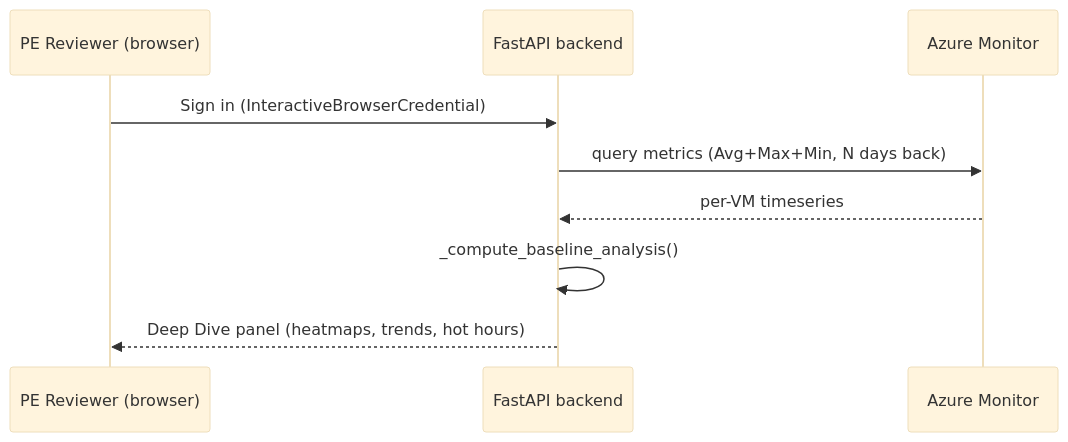
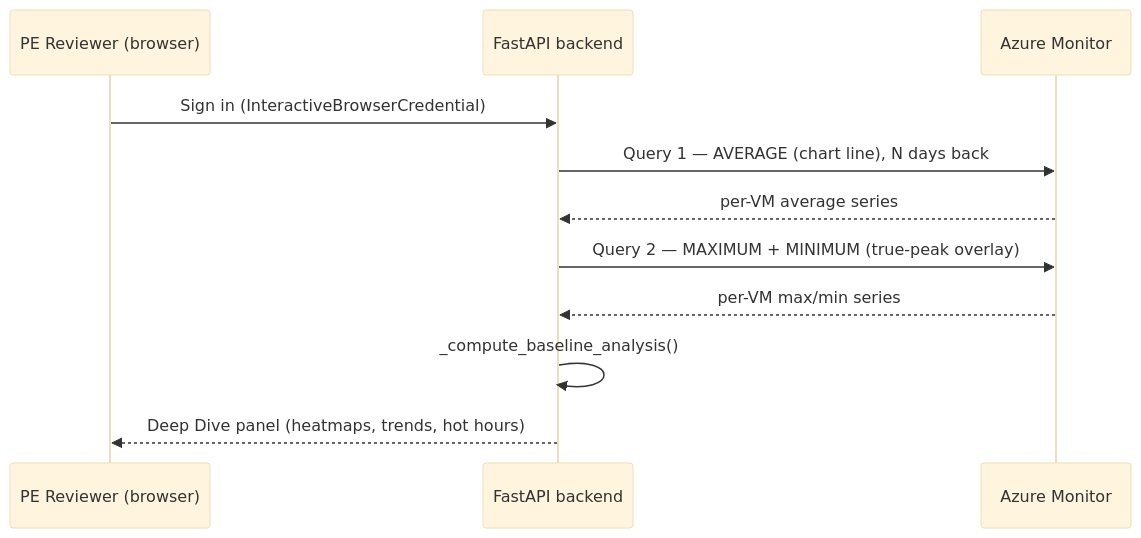
Before and after one commit to ayum321/PE_Dashboard: the sixth of 9 diagrams in PE_Dashboard_Presentation.md, drawn with Mermaid (base theme). The commit also changed other lines of this file, not shown here.

````diff
--- a/PE_Dashboard_Presentation.md
+++ b/PE_Dashboard_Presentation.md
@@ -386,11 +385,13 @@
 ```mermaid
 sequenceDiagram
     participant PE as PE Reviewer (browser)
     participant App as FastAPI backend
     participant Azure as Azure Monitor
     PE->>App: Sign in (InteractiveBrowserCredential)
-    App->>Azure: query metrics (Avg+Max+Min, N days back)
-    Azure-->>App: per-VM timeseries
+    App->>Azure: Query 1 — AVERAGE (chart line), N days back
+    Azure-->>App: per-VM average series
+    App->>Azure: Query 2 — MAXIMUM + MINIMUM (true-peak overlay)
+    Azure-->>App: per-VM max/min series
     App->>App: _compute_baseline_analysis()
     App-->>PE: Deep Dive panel (heatmaps, trends, hot hours)
 ```
````
